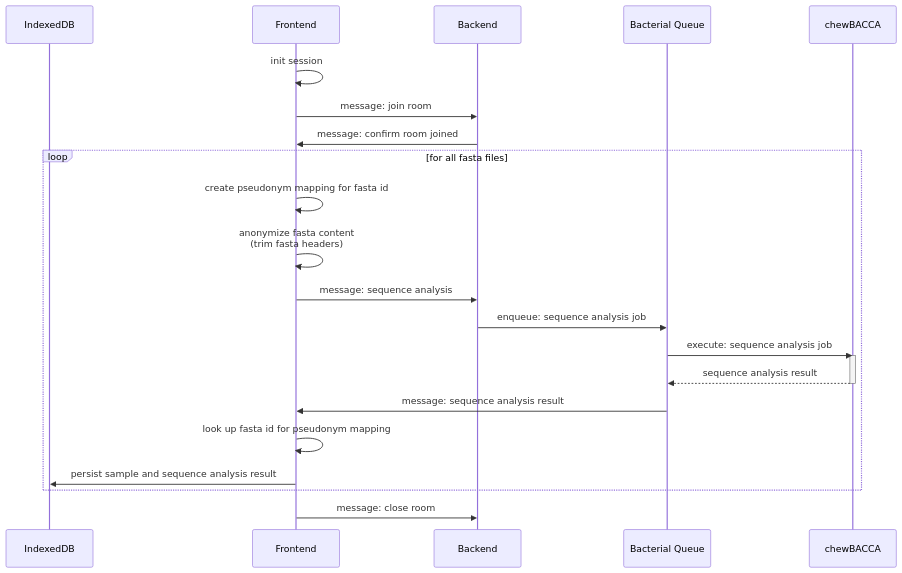
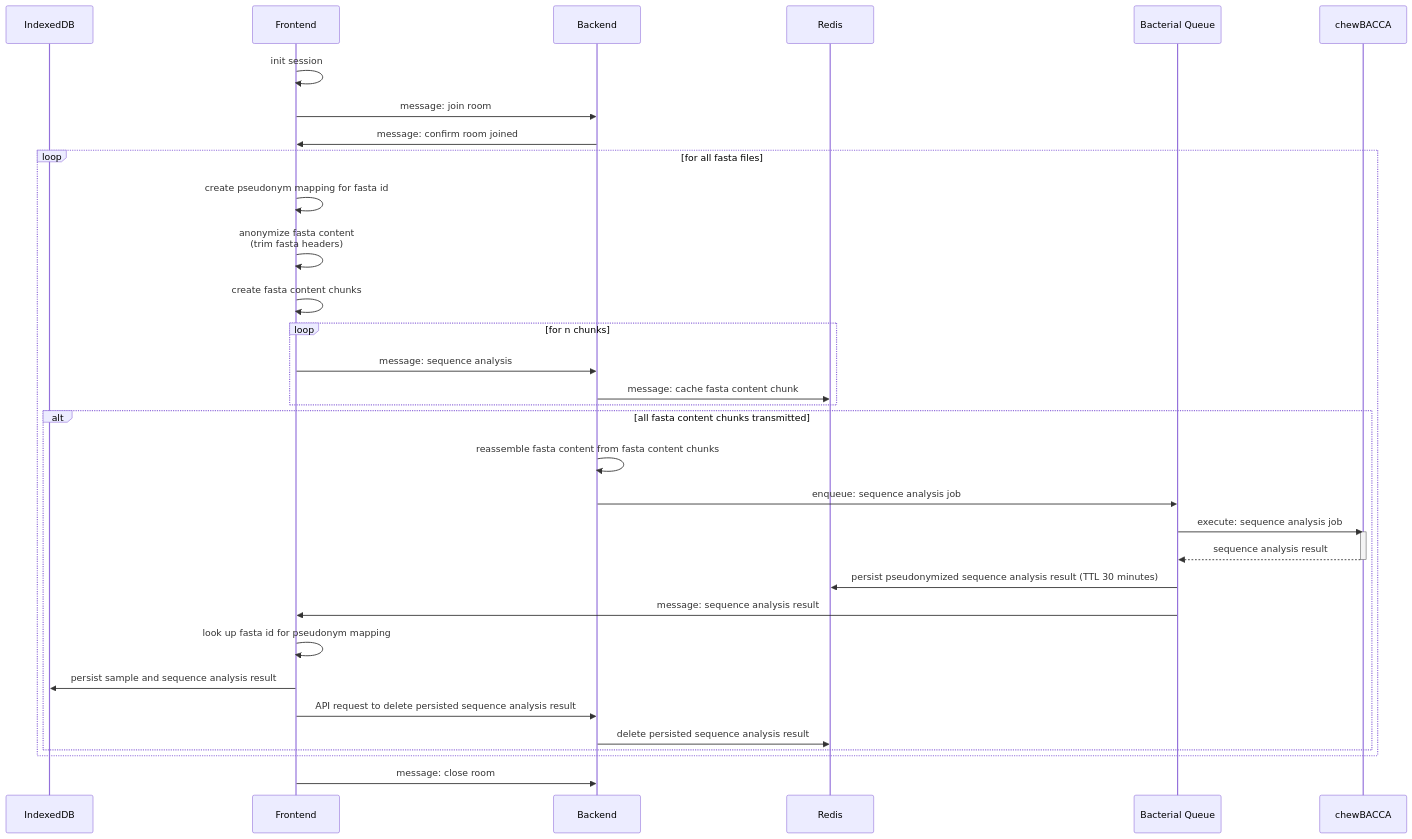
Before and after one commit to DiltheyLab/GENTRAIN: the second of 14 diagrams in documentation/docs/developers/genomic_operations.md, drawn with Mermaid. The commit also changed other lines of this file, not shown here.

Commit message:
docs: adjust uml sequence diagram for sequence analysis

````diff
--- a/documentation/docs/developers/genomic_operations.md
+++ b/documentation/docs/developers/genomic_operations.md
@@ -106,25 +117,36 @@
 ```mermaid
 sequenceDiagram
     participant IndexedDB
     participant Frontend
     participant Backend
+    participant Redis
     participant Bacterial Queue
     participant chewBACCA
     Frontend->>Frontend: init session
     Frontend->>Backend: message: join room
     Backend->>Frontend: message: confirm room joined
     loop for all fasta files
         Frontend->>Frontend: create pseudonym mapping for fasta id
         Frontend->>Frontend: anonymize fasta content<br/>(trim fasta headers)
-        Frontend->>Backend: message: sequence analysis
-        Backend->>Bacterial Queue: enqueue: sequence analysis job
-        Bacterial Queue->>chewBACCA: execute: sequence analysis job
-        activate chewBACCA
-        chewBACCA-->>Bacterial Queue: sequence analysis result
-        deactivate chewBACCA
-        Bacterial Queue->>Frontend: message: sequence analysis result
-        Frontend->>Frontend: look up fasta id for pseudonym mapping
-        Frontend->>IndexedDB: persist sample and sequence analysis result
+        Frontend->>Frontend: create fasta content chunks
+        loop for n chunks
+            Frontend->>Backend: message: sequence analysis
+            Backend->>Redis: message: cache fasta content chunk
+        end
+        alt all fasta content chunks transmitted
+            Backend->>Backend: reassemble fasta content from fasta content chunks
+            Backend->>Bacterial Queue: enqueue: sequence analysis job
+            Bacterial Queue->>chewBACCA: execute: sequence analysis job
+            activate chewBACCA
+            chewBACCA-->>Bacterial Queue: sequence analysis result
+            deactivate chewBACCA
+            Bacterial Queue->>Redis: persist pseudonymized sequence analysis result (TTL 30 minutes)
+            Bacterial Queue->>Frontend: message: sequence analysis result
+            Frontend->>Frontend: look up fasta id for pseudonym mapping
+            Frontend->>IndexedDB: persist sample and sequence analysis result
+            Frontend->>Backend: API request to delete persisted sequence analysis result
+            Backend->>Redis: delete persisted sequence analysis result
+        end
     end
     Frontend->>Backend: message: close room
 ```
````
